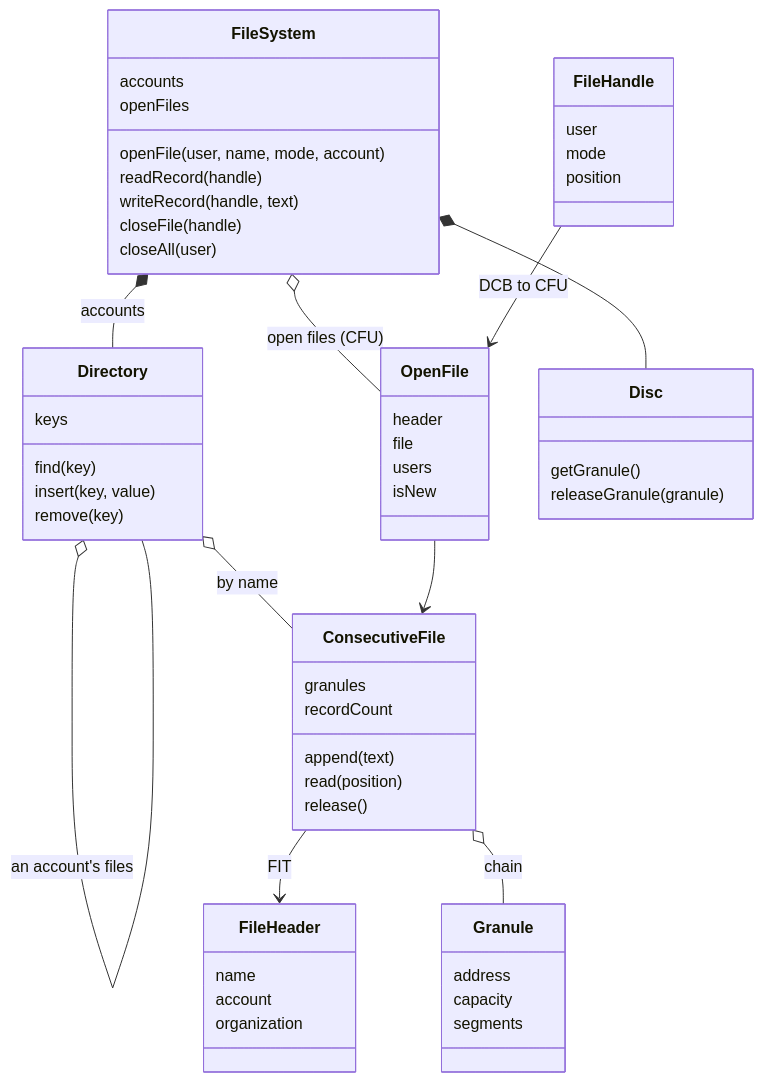
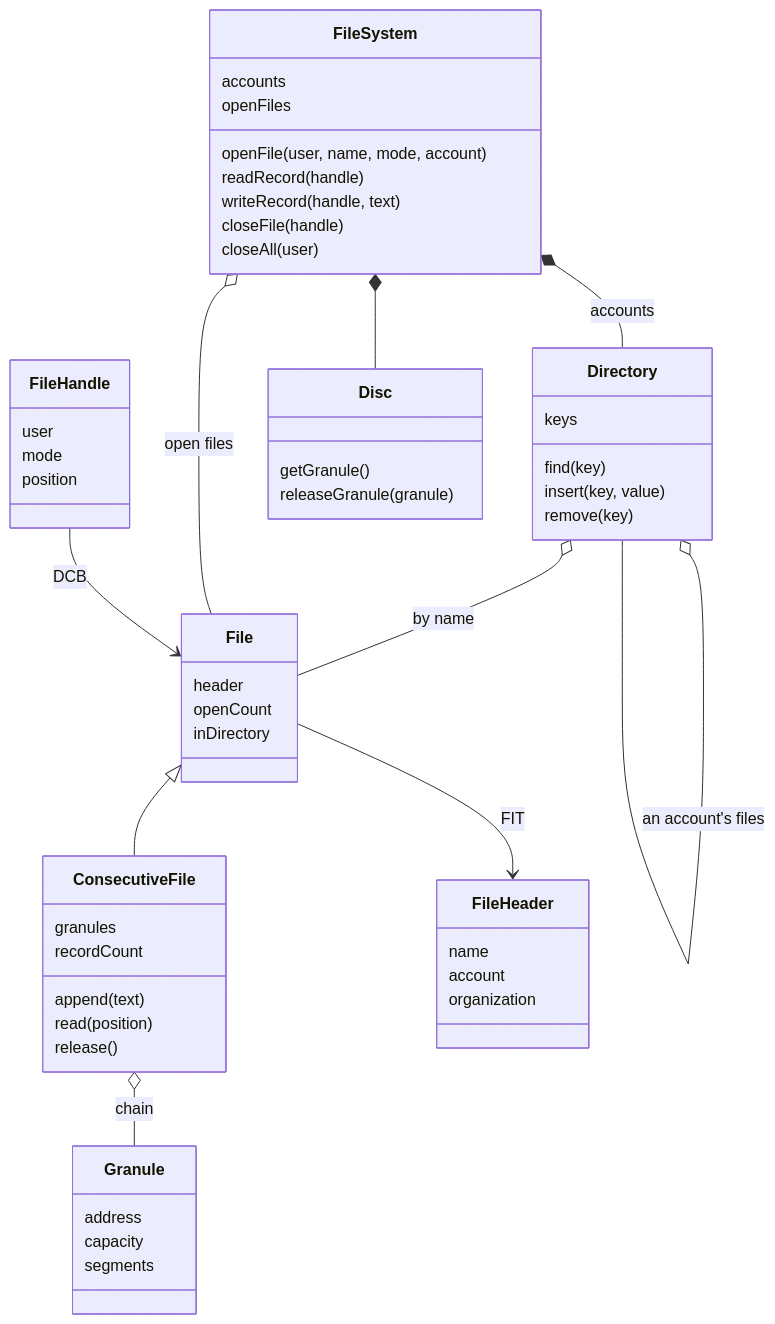
The eighth of 10 diagrams in pyCP-V/C00stap/docs/model.md (msiddalingaiah/Sigma), drawn with Mermaid before and after one commit. The commit also changed other lines of this file and 6 other files, not shown here.

````diff
--- a/pyCP-V/C00stap/docs/model.md
+++ b/pyCP-V/C00stap/docs/model.md
@@ -500,59 +500,58 @@
 ```mermaid
 classDiagram
     class FileSystem {
         accounts
         openFiles
         openFile(user, name, mode, account)
         readRecord(handle)
         writeRecord(handle, text)
         closeFile(handle)
         closeAll(user)
     }
     class Directory {
         keys
         find(key)
         insert(key, value)
         remove(key)
     }
-    class OpenFile {
+    class File {
         header
-        file
-        users
-        isNew
+        openCount
+        inDirectory
     }
     class FileHandle {
         user
         mode
         position
     }
     class ConsecutiveFile {
         granules
         recordCount
         append(text)
         read(position)
         release()
     }
     class FileHeader {
         name
         account
         organization
     }
     class Disc {
         getGranule()
         releaseGranule(granule)
     }
     class Granule {
         address
         capacity
         segments
     }
     FileSystem *-- Disc
     FileSystem *-- Directory : accounts
     Directory o-- Directory : an account's files
-    Directory o-- ConsecutiveFile : by name
-    FileSystem o-- OpenFile : open files (CFU)
-    FileHandle --> OpenFile : DCB to CFU
-    OpenFile --> ConsecutiveFile
-    ConsecutiveFile --> FileHeader : FIT
+    Directory o-- File : by name
+    FileSystem o-- File : open files
+    FileHandle --> File : DCB
+    File <|-- ConsecutiveFile
+    File --> FileHeader : FIT
     ConsecutiveFile o-- Granule : chain
 ```
````
